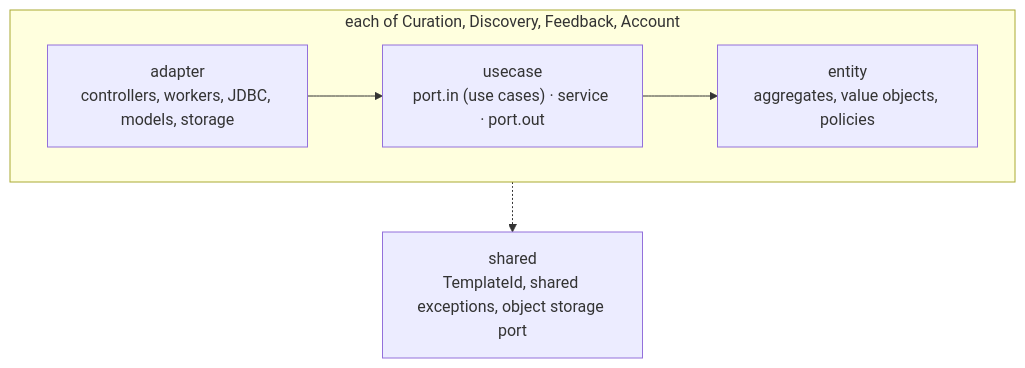
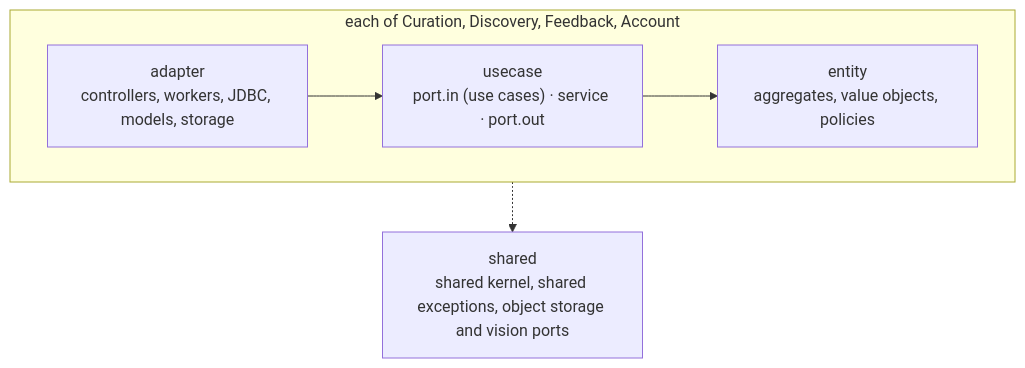
One commit to chun-wei0413/WTM changed the second of 2 diagrams in docs/technical.md. Above: the diagram before and after it, drawn with Mermaid. The commit also changed other lines of this file and 6 other files, not shown here.

````diff
--- a/docs/technical.md
+++ b/docs/technical.md
@@ -44,12 +44,12 @@
 ```mermaid
 flowchart TB
     subgraph context["each of Curation, Discovery, Feedback, Account"]
         direction LR
         adapter["adapter<br/>controllers, workers, JDBC, models, storage"]
         usecase["usecase<br/>port.in (use cases) · service · port.out"]
         entity["entity<br/>aggregates, value objects, policies"]
         adapter --> usecase --> entity
     end
-    shared["shared<br/>TemplateId, shared exceptions, object storage port"]
+    shared["shared<br/>shared kernel, shared exceptions, object storage and vision ports"]
     context -.-> shared
 ```
````
